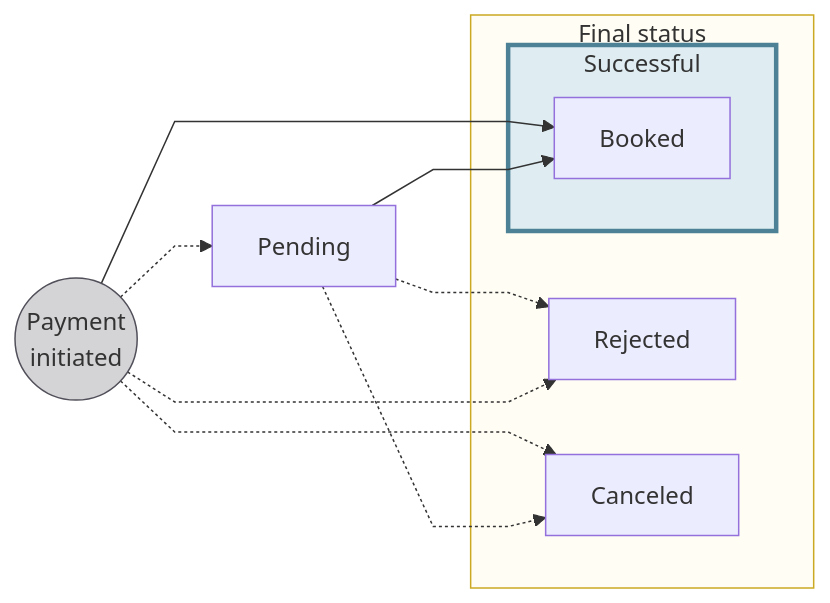
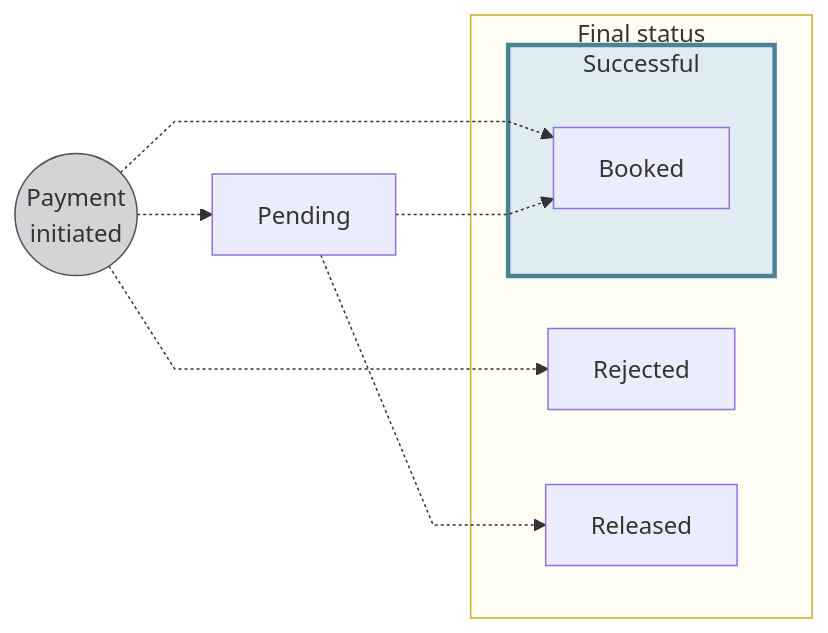
The first of 2 diagrams in docs/topics/payments/cards/index.mdx (swan-io/docs), drawn with Mermaid before and after one commit. The commit also changed other lines of this file and 38 other files, not shown here.

````diff
--- a/docs/topics/payments/cards/index.mdx
+++ b/docs/topics/payments/cards/index.mdx
@@ -59,22 +42,20 @@
 ```mermaid
 %%{ init: { 'flowchart': { 'curve': 'linear' } } }%%
 flowchart LR
     PI((Payment<br/>initiated)) -.-> P[Pending]
-    P -.-> RJ[Rejected]
-    PI -.-> RJ
-    PI -.-> C[Canceled]
-    P -.-> C
-    PI --> B[Booked]
-    P --> B
+    PI -.-> RJ[Rejected]
+    P -.->RL[Released]
+    PI -.-> B[Booked]
+    P -.-> B
     subgraph S[Successful]
         B
     end
     subgraph F[Final status]
         RJ
-        C
+        RL
         S
     end
     style PI fill:#D4D3D5,stroke:#514F59
     style F fill:#fffdf4,stroke:#cca922
     style S fill:#dfedf2,stroke:#4d8296,stroke-width:3px
 ```
````
